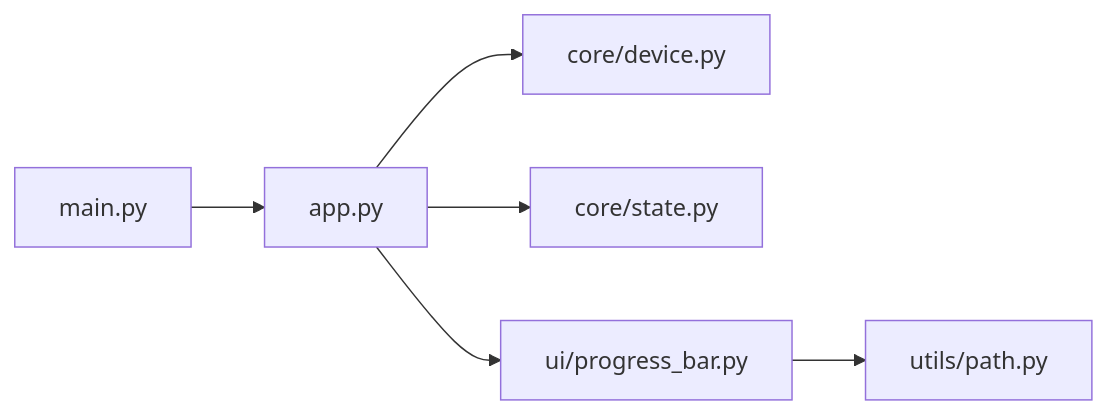
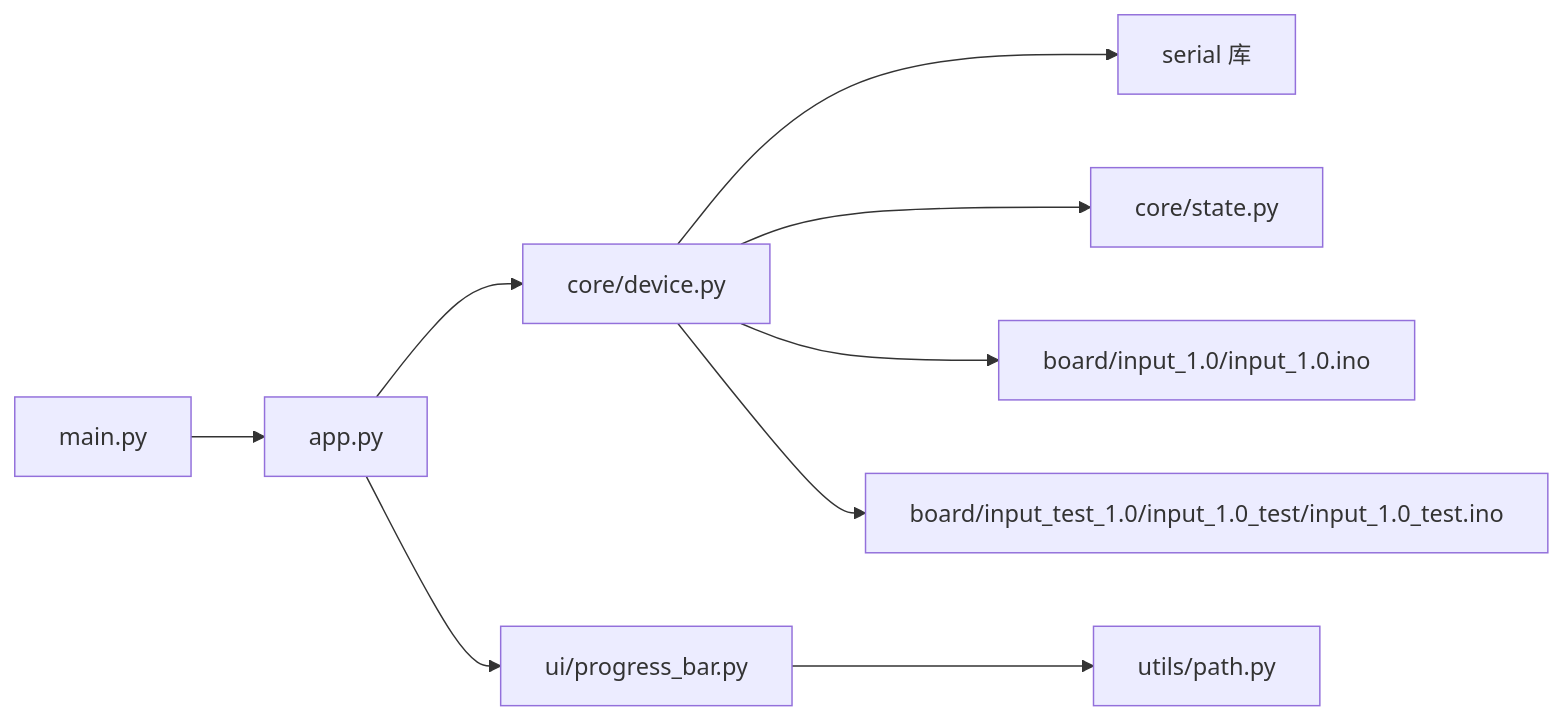
Before and after one commit to Hankun-P/wireless-keyboard-toy: the sixth of 6 diagrams in .qoder/repowiki/zh/content/桌面应用架构/核心业务逻辑.md, drawn with Mermaid. The commit also changed other lines of this file and 11 other files, not shown here.

````diff
--- a/.qoder/repowiki/zh/content/桌面应用架构/核心业务逻辑.md
+++ b/.qoder/repowiki/zh/content/桌面应用架构/核心业务逻辑.md
@@ -243,8 +347,11 @@
 ```mermaid
 graph LR
 MAIN["main.py"] --> APP["app.py"]
-APP --> DEVICE["core/device.py"]
-APP --> STATE["core/state.py"]
+APP --> ARDUINO["core/device.py"]
+ARDUINO --> SERIAL["serial 库"]
+ARDUINO --> STATE["core/state.py"]
 APP --> PROGRESS["ui/progress_bar.py"]
 PROGRESS --> PATH["utils/path.py"]
+ARDUINO --> FIRMWARE["board/input_1.0/input_1.0.ino"]
+ARDUINO --> TEST_FIRMWARE["board/input_test_1.0/input_1.0_test/input_1.0_test.ino"]
 ```
````
